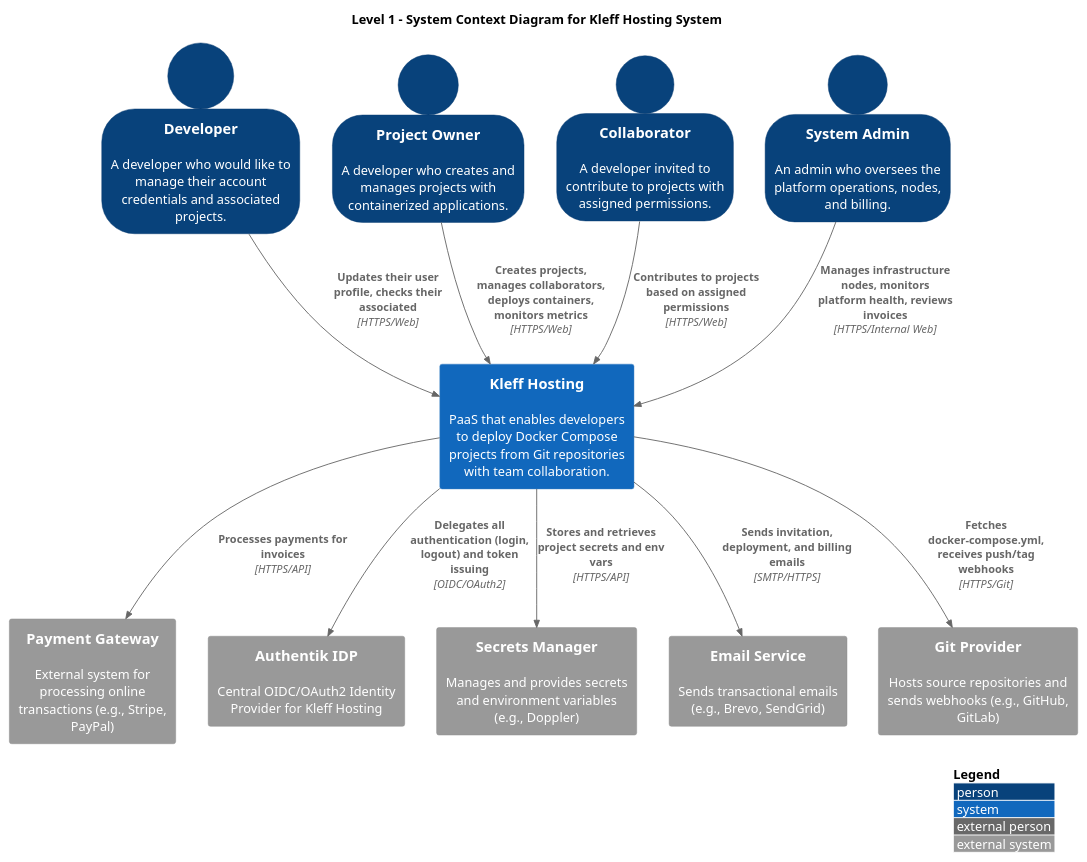
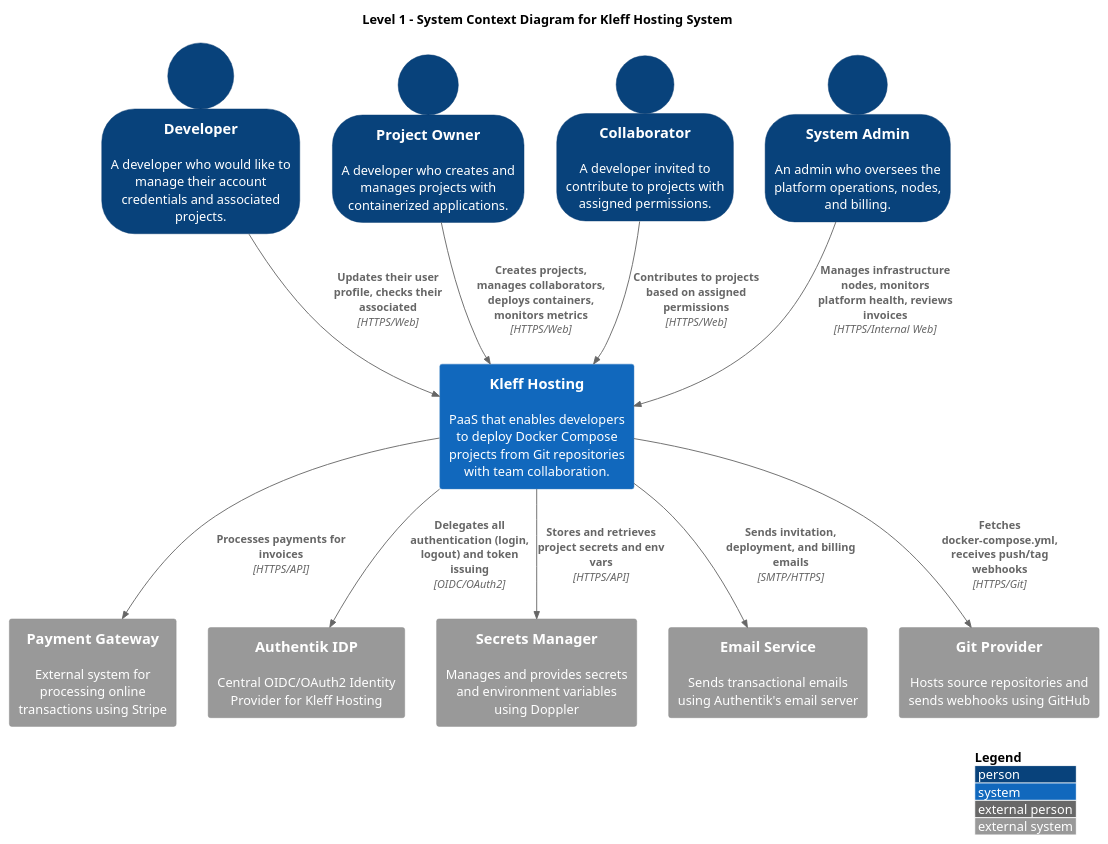
Before and after one commit to kleffio/.github: the diagram in docs/C4L1.puml, drawn with PlantUML. The commit also changed 8 other files, not shown here.

Commit message:
Updated identity bounded context diagrams

```diff
--- a/docs/C4L1.puml
+++ b/docs/C4L1.puml
@@ -1,36 +1,36 @@
 @startuml
 !include https://raw.githubusercontent.com/plantuml-stdlib/C4-PlantUML/master/C4_Context.puml
 LAYOUT_WITH_LEGEND()
 SHOW_PERSON_OUTLINE()
 
 title Level 1 - System Context Diagram for Kleff Hosting System
 
 ' ==== External Actors ====
 Person(developer, "Developer", "A developer who would like to manage their account credentials and associated projects.")
 Person(projectowner, "Project Owner", "A developer who creates and manages projects with containerized applications.")
 Person(collaborator, "Collaborator", "A developer invited to contribute to projects with assigned permissions.")
 Person(admin, "System Admin", "An admin who oversees the platform operations, nodes, and billing.")
 
 ' ==== External Systems ====
-System_Ext(payment_gateway, "Payment Gateway", "External system for processing online transactions (e.g., Stripe, PayPal)")
+System_Ext(payment_gateway, "Payment Gateway", "External system for processing online transactions using Stripe")
 System_Ext(auth_server, "Authentik IDP", "Central OIDC/OAuth2 Identity Provider for Kleff Hosting")
-System_Ext(secret_manager, "Secrets Manager", "Manages and provides secrets and environment variables (e.g., Doppler)")
-System_Ext(emailing_service, "Email Service", "Sends transactional emails (e.g., Brevo, SendGrid)")
-System_Ext(git_provider, "Git Provider", "Hosts source repositories and sends webhooks (e.g., GitHub, GitLab)")
+System_Ext(secret_manager, "Secrets Manager", "Manages and provides secrets and environment variables using Doppler")
+System_Ext(emailing_service, "Email Service", "Sends transactional emails using Authentik's email server")
+System_Ext(git_provider, "Git Provider", "Hosts source repositories and sends webhooks using GitHub")
 
 ' ==== System ====
 System(kleff, "Kleff Hosting", "PaaS that enables developers to deploy Docker Compose projects from Git repositories with team collaboration.")
 
 ' ==== Relationships ====
 Rel(projectowner, kleff, "Creates projects, manages collaborators, deploys containers, monitors metrics", "HTTPS/Web")
 Rel(developer, kleff, "Updates their user profile, checks their associated ", "HTTPS/Web")
 Rel(collaborator, kleff, "Contributes to projects based on assigned permissions", "HTTPS/Web")
 Rel(admin, kleff, "Manages infrastructure nodes, monitors platform health, reviews invoices", "HTTPS/Internal Web")
 
 Rel(kleff, payment_gateway, "Processes payments for invoices", "HTTPS/API")
 Rel(kleff, auth_server, "Delegates all authentication (login, logout) and token issuing", "OIDC/OAuth2")
 Rel(kleff, secret_manager, "Stores and retrieves project secrets and env vars", "HTTPS/API")
 Rel(kleff, emailing_service, "Sends invitation, deployment, and billing emails", "SMTP/HTTPS")
 Rel(kleff, git_provider, "Fetches docker-compose.yml, receives push/tag webhooks", "HTTPS/Git")
 
 @enduml
```
